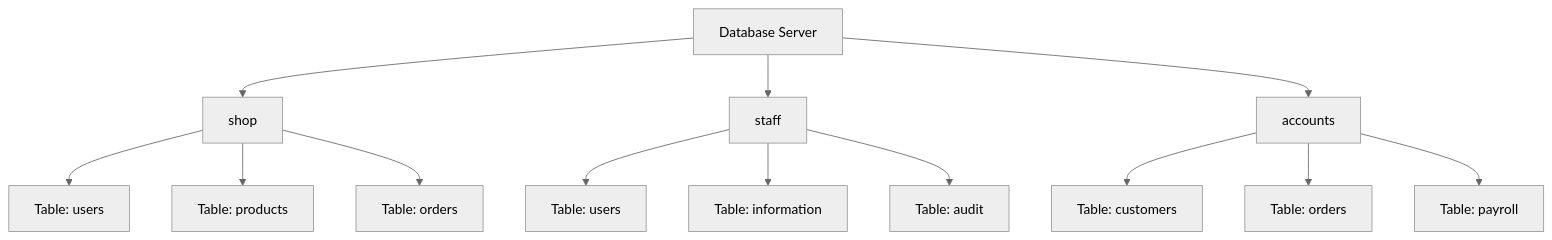
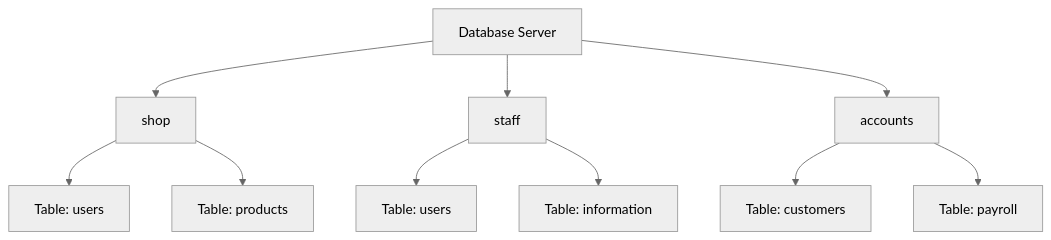
The first of 3 diagrams in Web/SQL-Injection-Introduction.md (angeline-infosec/notes), drawn with Mermaid (neutral theme) before and after one commit. The commit also changed other lines of this file, not shown here.

````diff
--- a/Web/SQL-Injection-Introduction.md
+++ b/Web/SQL-Injection-Introduction.md
@@ -71,19 +88,13 @@
 ```mermaid
 graph TD
     Server[Database Server]
     Server --> Shop[shop]
     Server --> Staff[staff]
     Server --> Accounts[accounts]
-
     Shop --> ShopUsers[Table: users]
     Shop --> ShopProducts[Table: products]
-    Shop --> ShopOrders[Table: orders]
-
     Staff --> StaffUsers[Table: users]
     Staff --> StaffInfo[Table: information]
-    Staff --> StaffAudit[Table: audit]
-
     Accounts --> AccCustomers[Table: customers]
-    Accounts --> AccOrders[Table: orders]
     Accounts --> AccPayroll[Table: payroll]
 ```
````
